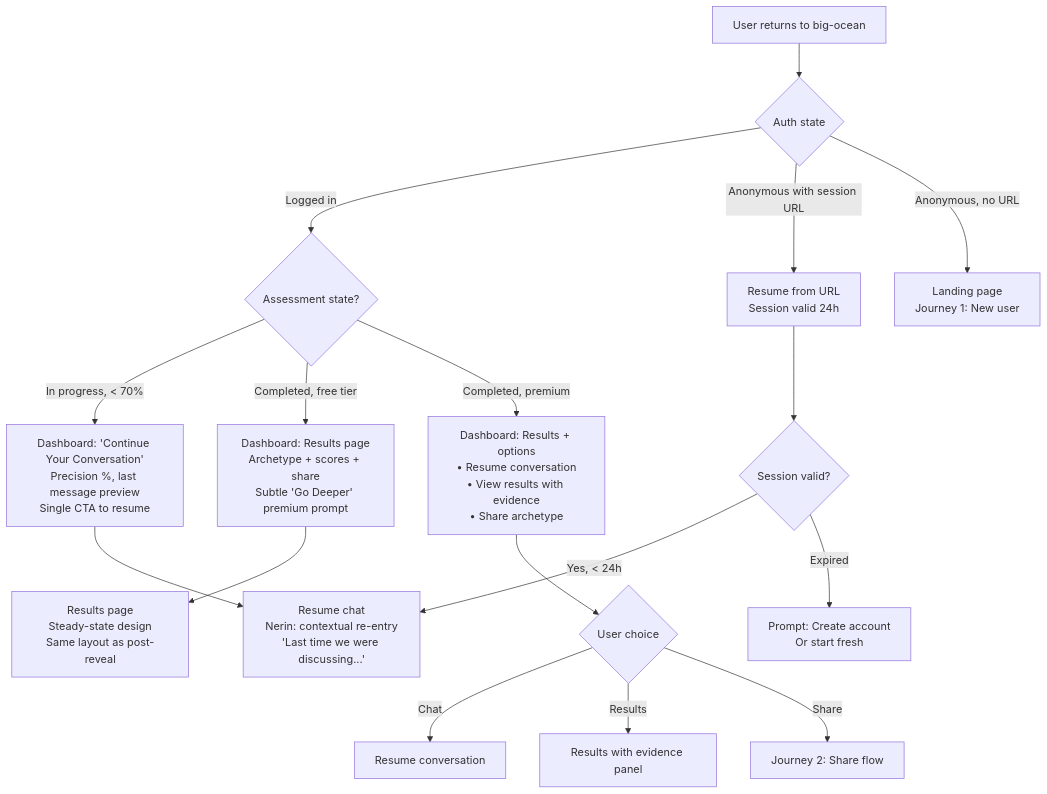
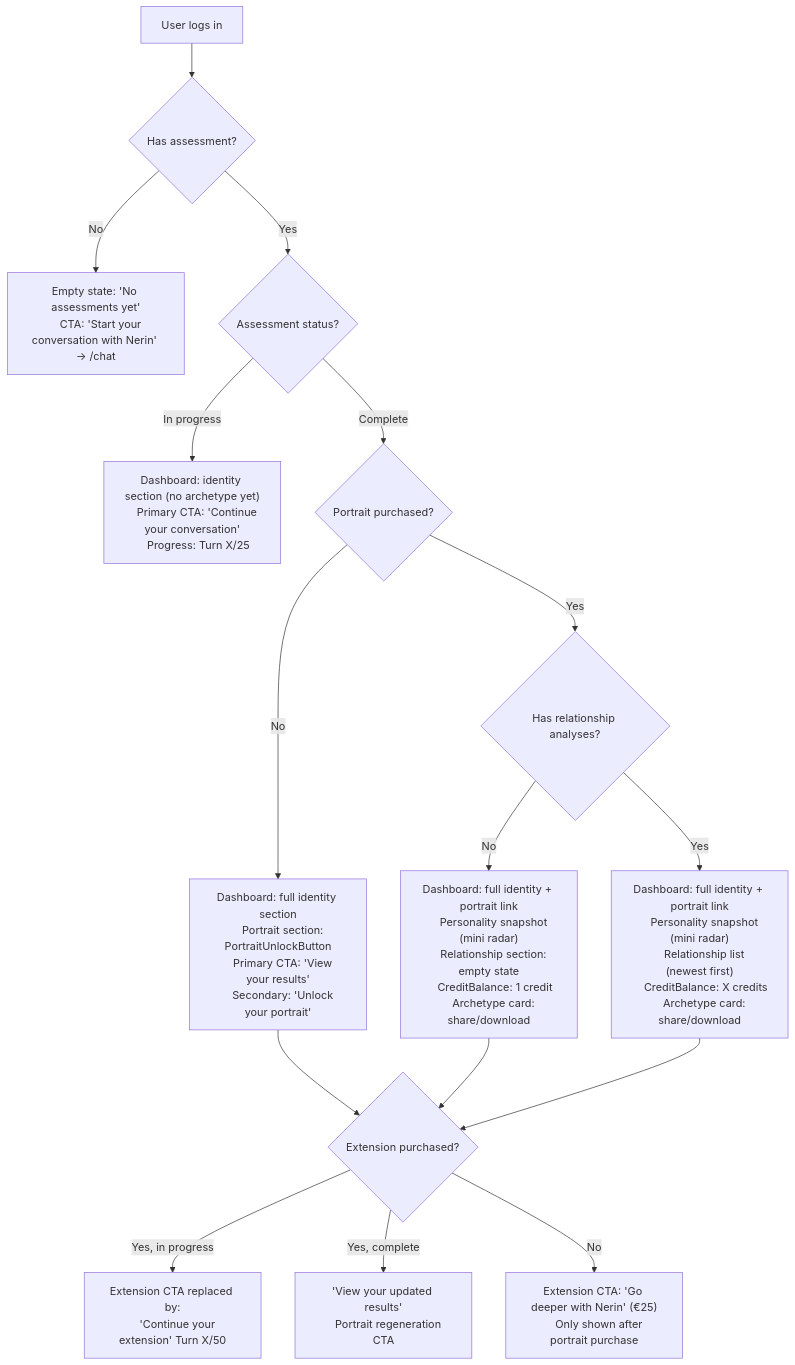
Before and after one commit to Wysnard/big-ocean: the sixth of 8 diagrams in _bmad-output/planning-artifacts/ux-design-specification.md, drawn with Mermaid. The commit also changed other lines of this file and 21 other files, not shown here.

````diff
--- a/_bmad-output/planning-artifacts/ux-design-specification.md
+++ b/_bmad-output/planning-artifacts/ux-design-specification.md
@@ -1197,24 +3319,40 @@
 ```mermaid
 flowchart TD
-    A[User returns to big-ocean] --> B{Auth state}
-    B -->|Logged in| C{Assessment state?}
-    B -->|Anonymous with session URL| D[Resume from URL<br/>Session valid 24h]
-    B -->|Anonymous, no URL| E[Landing page<br/>Journey 1: New user]
+    A["User logs in"] --> B{Has assessment?}
+    B -->|No| C["Empty state: 'No assessments yet'
+    CTA: 'Start your conversation with Nerin' → /chat"]
+    B -->|Yes| D{Assessment status?}
 
-    C -->|In progress, < 70%| F[Dashboard: 'Continue Your Conversation'<br/>Precision %, last message preview<br/>Single CTA to resume]
-    C -->|Completed, free tier| G[Dashboard: Results page<br/>Archetype + scores + share<br/>Subtle 'Go Deeper' premium prompt]
-    C -->|Completed, premium| H[Dashboard: Results + options<br/>• Resume conversation<br/>• View results with evidence<br/>• Share archetype]
+    D -->|In progress| E["Dashboard: identity section (no archetype yet)
+    Primary CTA: 'Continue your conversation'
+    Progress: Turn X/25"]
+    D -->|Complete| F{Portrait purchased?}
 
-    F --> I[Resume chat<br/>Nerin: contextual re-entry<br/>'Last time we were discussing...']
+    F -->|No| G["Dashboard: full identity section
+    Portrait section: PortraitUnlockButton
+    Primary CTA: 'View your results'
+    Secondary: 'Unlock your portrait'"]
+    F -->|Yes| H{Has relationship analyses?}
 
-    G --> J[Results page<br/>Steady-state design<br/>Same layout as post-reveal]
+    H -->|No| I["Dashboard: full identity + portrait link
+    Personality snapshot (mini radar)
+    Relationship section: empty state
+    CreditBalance: 1 credit
+    Archetype card: share/download"]
+    H -->|Yes| J["Dashboard: full identity + portrait link
+    Personality snapshot (mini radar)
+    Relationship list (newest first)
+    CreditBalance: X credits
+    Archetype card: share/download"]
 
-    H --> K{User choice}
-    K -->|Chat| L[Resume conversation]
-    K -->|Results| M[Results with evidence panel]
-    K -->|Share| N[Journey 2: Share flow]
-
-    D --> O{Session valid?}
-    O -->|Yes, < 24h| I
-    O -->|Expired| P[Prompt: Create account<br/>Or start fresh]
+    %% Extension states
+    G --> K{Extension purchased?}
+    I --> K
+    J --> K
+    K -->|Yes, in progress| L["Extension CTA replaced by:
+    'Continue your extension' Turn X/50"]
+    K -->|Yes, complete| M["'View your updated results'
+    Portrait regeneration CTA"]
+    K -->|No| N["Extension CTA: 'Go deeper with Nerin' (€25)
+    Only shown after portrait purchase"]
 ```
````
